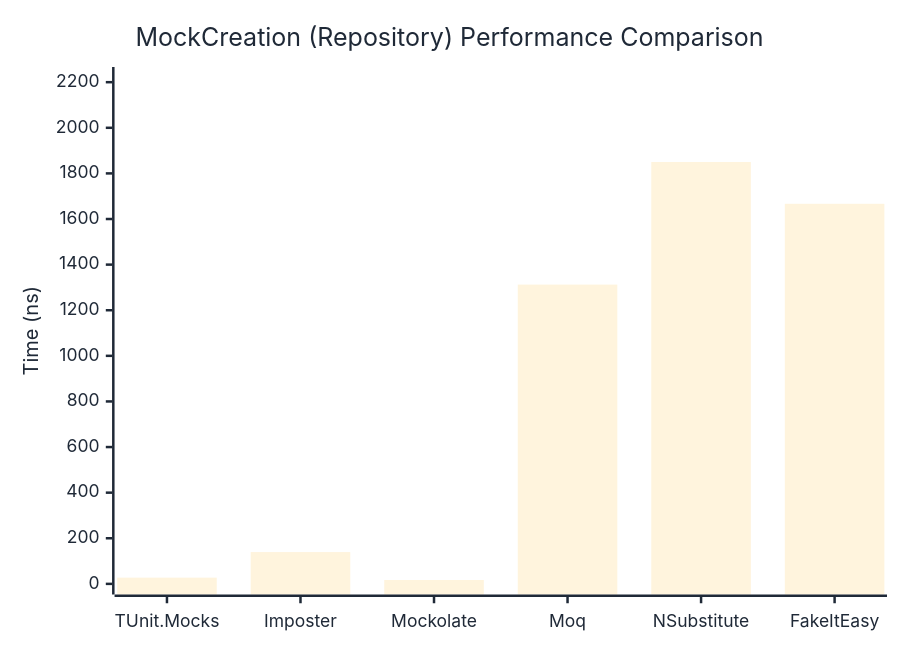
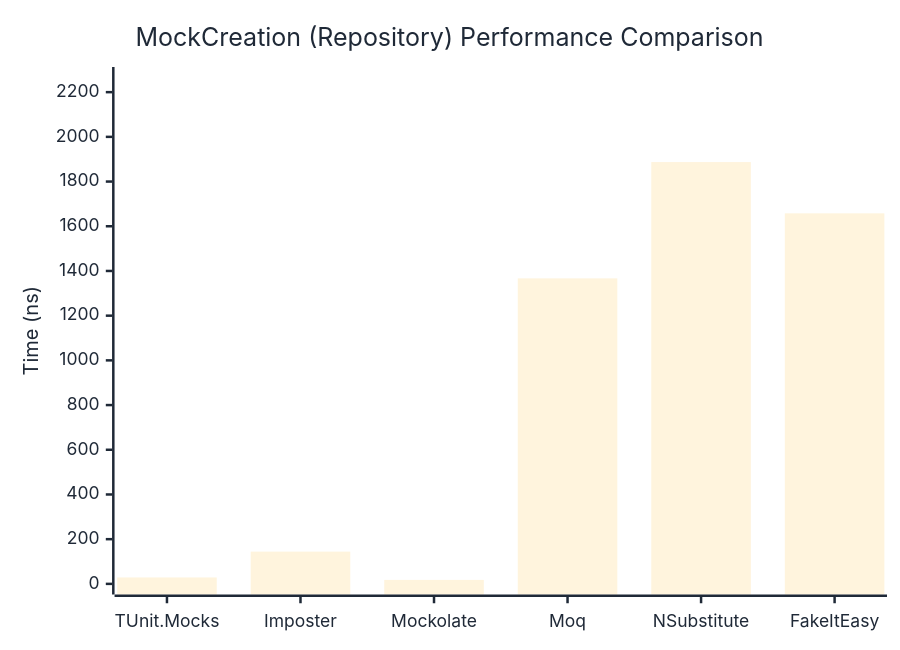
Before and after one commit to thomhurst/TUnit: the second of 2 diagrams in docs/docs/benchmarks/mocks/MockCreation.md, drawn with Mermaid. The commit also changed other lines of this file and 14 other files, not shown here.

````diff
--- a/docs/docs/benchmarks/mocks/MockCreation.md
+++ b/docs/docs/benchmarks/mocks/MockCreation.md
@@ -71,27 +71,27 @@
 ```mermaid
 %%{init: {
   'theme':'base',
   'themeVariables': {
     'primaryColor': '#2563eb',
     'primaryTextColor': '#1f2937',
     'primaryBorderColor': '#1e40af',
     'lineColor': '#6b7280',
     'secondaryColor': '#7c3aed',
     'tertiaryColor': '#dc2626',
     'background': '#ffffff',
     'pie1': '#2563eb',
     'pie2': '#7c3aed',
     'pie3': '#dc2626',
     'pie4': '#f59e0b',
     'pie5': '#10b981',
     'pie6': '#06b6d4',
     'pie7': '#ec4899',
     'pie8': '#6366f1'
   }
 }}%%
 xychart-beta
   title "MockCreation (Repository) Performance Comparison"
   x-axis ["TUnit.Mocks", "Imposter", "Mockolate", "Moq", "NSubstitute", "FakeItEasy"]
-  y-axis "Time (ns)" 0 --> 2220
-  bar [27.3, 139.42, 17.1, 1312.41, 1849.9, 1666.73]
+  y-axis "Time (ns)" 0 --> 2265
+  bar [28.77, 144.28, 17.79, 1366.95, 1887.2, 1657.78]
 ```
````
